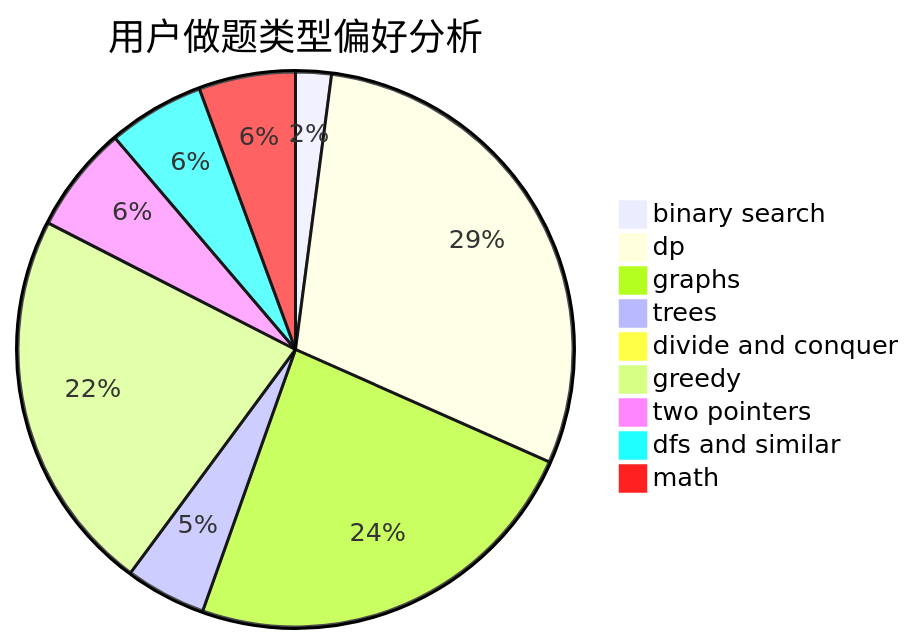
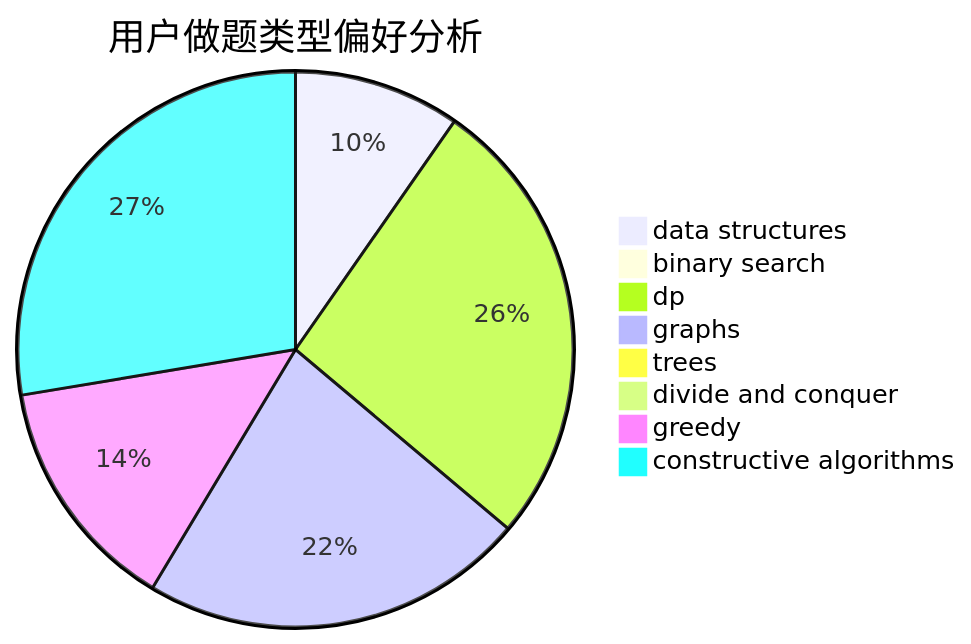
Before and after one commit to sherpahu/cfrs.github.io: the second of 3 diagrams in docs/user/u1785.md, drawn with Mermaid. The commit also changed other lines of this file and 2775 other files, not shown here.

````diff
--- a/docs/user/u1785.md
+++ b/docs/user/u1785.md
@@ -23,12 +23,11 @@
 ```mermaid
 pie title 用户做题类型偏好分析
-    "binary search" :  27
-    "dp" :  384
-    "graphs" :  309
-    "trees" :  61
-    "divide and conquer" :  13
-    "greedy" :  291
-    "two pointers" :  81
-    "dfs and similar" :  73
-    "math" :  73
+    "data structures" :  116
+    "binary search" :  9
+    "dp" :  317
+    "graphs" :  269
+    "trees" :  11
+    "divide and conquer" :  0
+    "greedy" :  165
+    "constructive algorithms" :  331
 ```
````
